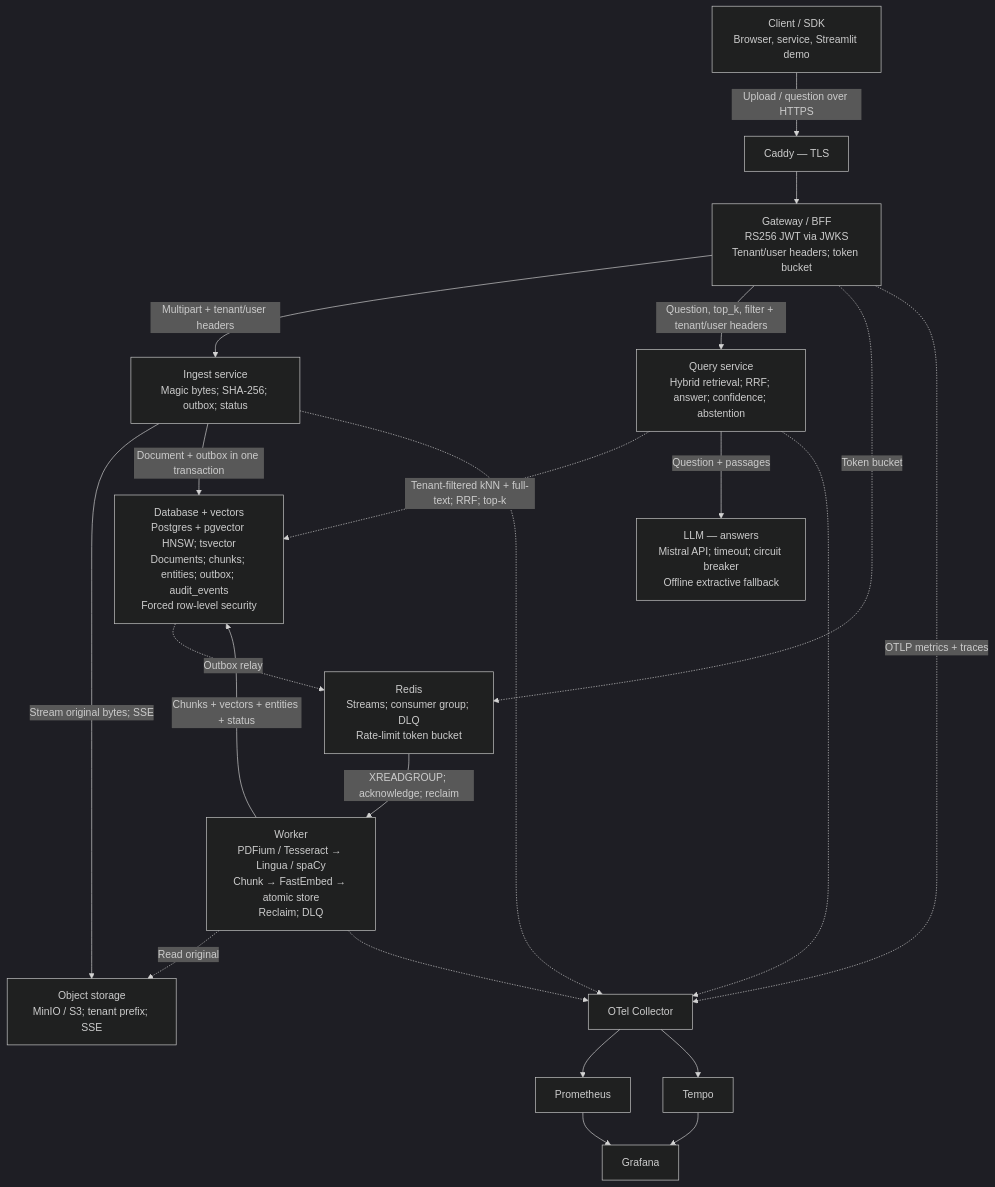
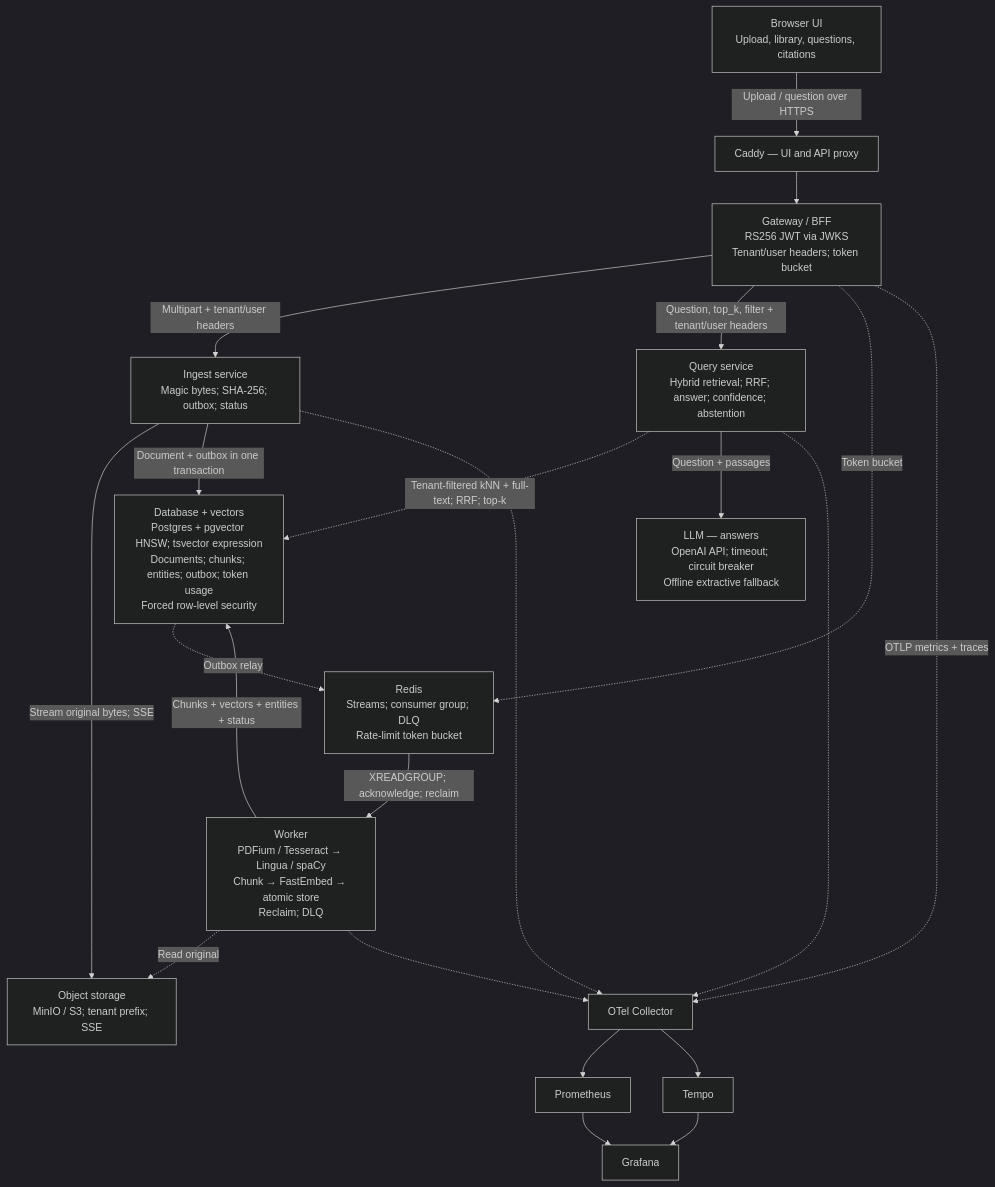
One commit to Karlo93/doc-insight changed the first of 3 diagrams in docs/architecture.md. Above: the diagram before and after it, drawn with Mermaid (dark theme). The commit also changed other lines of this file and 115 other files, not shown here.

````diff
--- a/docs/architecture.md
+++ b/docs/architecture.md
@@ -16,38 +16,38 @@
 ```mermaid
 flowchart TB
-    client["Client / SDK<br/>Browser, service, Streamlit demo"]
-    caddy["Caddy — TLS"]
+    client["Browser UI<br/>Upload, library, questions, citations"]
+    caddy["Caddy — UI and API proxy"]
     gateway["Gateway / BFF<br/>RS256 JWT via JWKS<br/>Tenant/user headers; token bucket"]
     ingest["Ingest service<br/>Magic bytes; SHA-256; outbox; status"]
     query["Query service<br/>Hybrid retrieval; RRF; answer; confidence; abstention"]
     worker["Worker<br/>PDFium / Tesseract → Lingua / spaCy<br/>Chunk → FastEmbed → atomic store<br/>Reclaim; DLQ"]
     objects["Object storage<br/>MinIO / S3; tenant prefix; SSE"]
     redis["Redis<br/>Streams; consumer group; DLQ<br/>Rate-limit token bucket"]
-    db["Database + vectors<br/>Postgres + pgvector HNSW; tsvector<br/>Documents; chunks; entities; outbox; audit_events<br/>Forced row-level security"]
-    llm["LLM — answers<br/>Mistral API; timeout; circuit breaker<br/>Offline extractive fallback"]
+    db["Database + vectors<br/>Postgres + pgvector HNSW; tsvector expression<br/>Documents; chunks; entities; outbox; token usage<br/>Forced row-level security"]
+    llm["LLM — answers<br/>OpenAI API; timeout; circuit breaker<br/>Offline extractive fallback"]
     collector["OTel Collector"]
     prometheus["Prometheus"]
     tempo["Tempo"]
     grafana["Grafana"]
     client -->|Upload / question over HTTPS| caddy
     caddy --> gateway
     gateway -->|Multipart + tenant/user headers| ingest
     gateway -->|Question, top_k, filter + tenant/user headers| query
     gateway -.->|Token bucket| redis
     ingest -->|Stream original bytes; SSE| objects
     ingest -->|Document + outbox in one transaction| db
     db -.->|Outbox relay| redis
     redis -->|XREADGROUP; acknowledge; reclaim| worker
     worker -.->|Read original| objects
     worker -->|Chunks + vectors + entities + status| db
     query -.->|Tenant-filtered kNN + full-text; RRF; top-k| db
     query -->|Question + passages| llm
     gateway -.->|OTLP metrics + traces| collector
     ingest -.-> collector
     query -.-> collector
     worker -.-> collector
     collector --> prometheus
     collector --> tempo
     prometheus --> grafana
     tempo --> grafana
 ```
````
